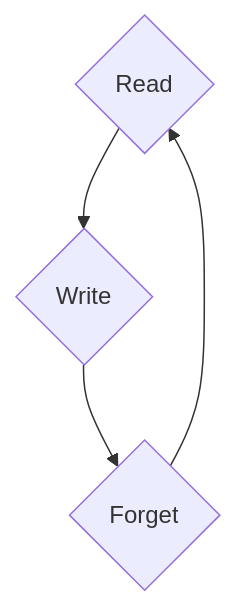
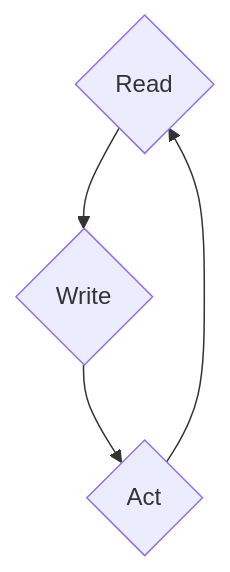
One commit to pseudonano/pseudonano changed the diagram in README.md. Above: the diagram before and after it, drawn with Mermaid.

````diff
--- a/README.md
+++ b/README.md
@@ -2,6 +2,6 @@
 ```mermaid
 graph TD
   A{Read} --> B{Write};
   B{Write} --> C{Forget};
-  C{Forget} --> A{Read};
+  C{Act} --> A{Read};
 ```
````
